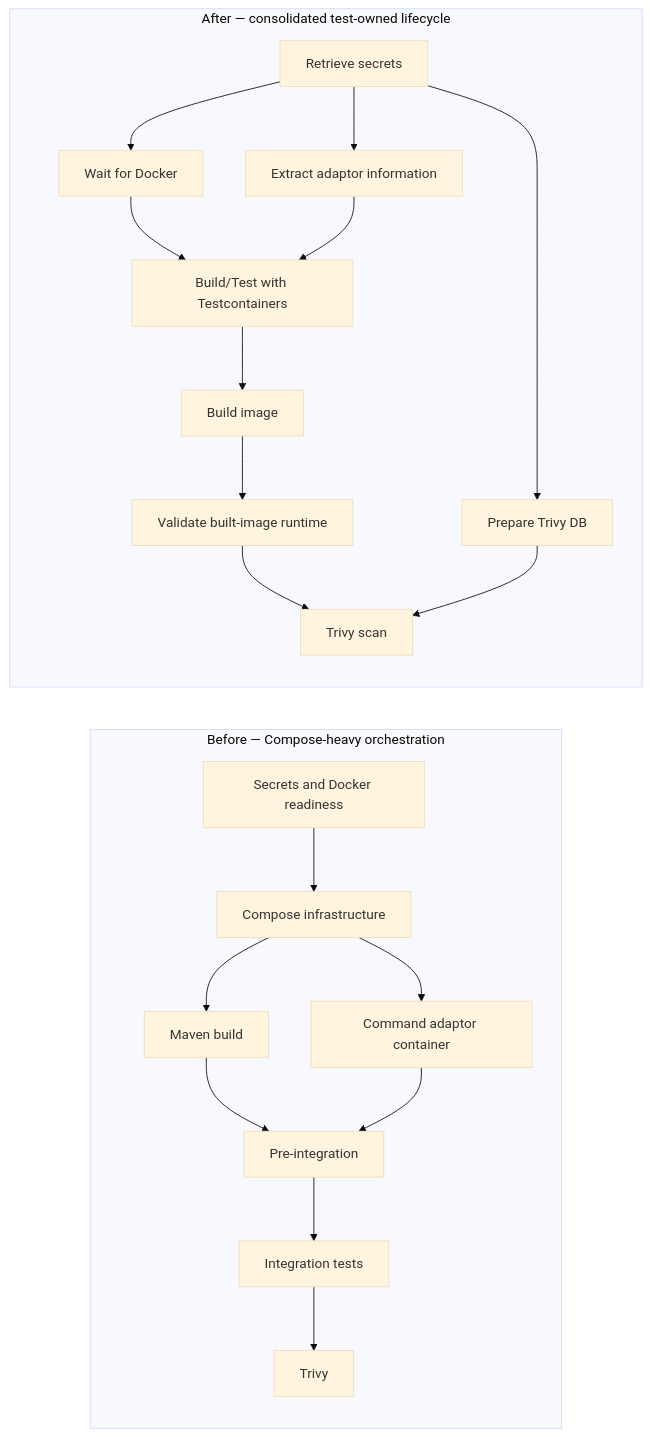
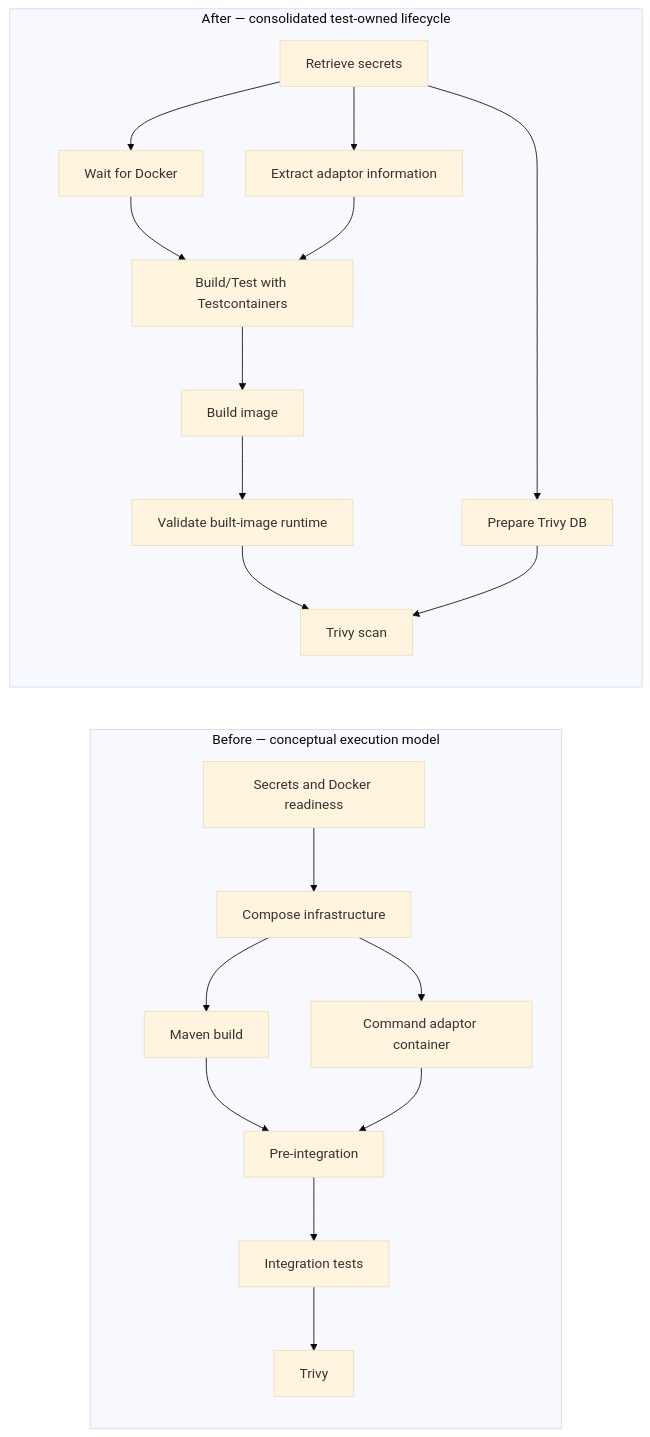
One commit to benanaktaspusulait/test2 changed the diagram in docs/00-SNS-CI-CD-Optimisation-Implementation-Report.md. Above: the diagram before and after it, drawn with Mermaid (base theme). The commit also changed 1 other file, not shown here.

````diff
--- a/docs/00-SNS-CI-CD-Optimisation-Implementation-Report.md
+++ b/docs/00-SNS-CI-CD-Optimisation-Implementation-Report.md
@@ -17,23 +17,23 @@
 ```mermaid
 flowchart LR
-    subgraph BEFORE["Before — Compose-heavy orchestration"]
+    subgraph BEFORE["Before — conceptual execution model"]
         direction TB
         B1["Secrets and Docker readiness"] --> B2["Compose infrastructure"]
         B2 --> B3["Maven build"]
         B2 --> B4["Command adaptor container"]
         B3 --> B5["Pre-integration"]
         B4 --> B5
         B5 --> B6["Integration tests"] --> B7["Trivy"]
     end
 
     subgraph AFTER["After — consolidated test-owned lifecycle"]
         direction TB
         A1["Retrieve secrets"] --> A2["Wait for Docker"]
         A1 --> A3["Extract adaptor information"]
         A1 --> A4["Prepare Trivy DB"]
         A2 --> A5["Build/Test with Testcontainers"]
         A3 --> A5
         A5 --> A6["Build image"] --> A7["Validate built-image runtime"] --> A8["Trivy scan"]
         A4 --> A8
     end
 ```
````
